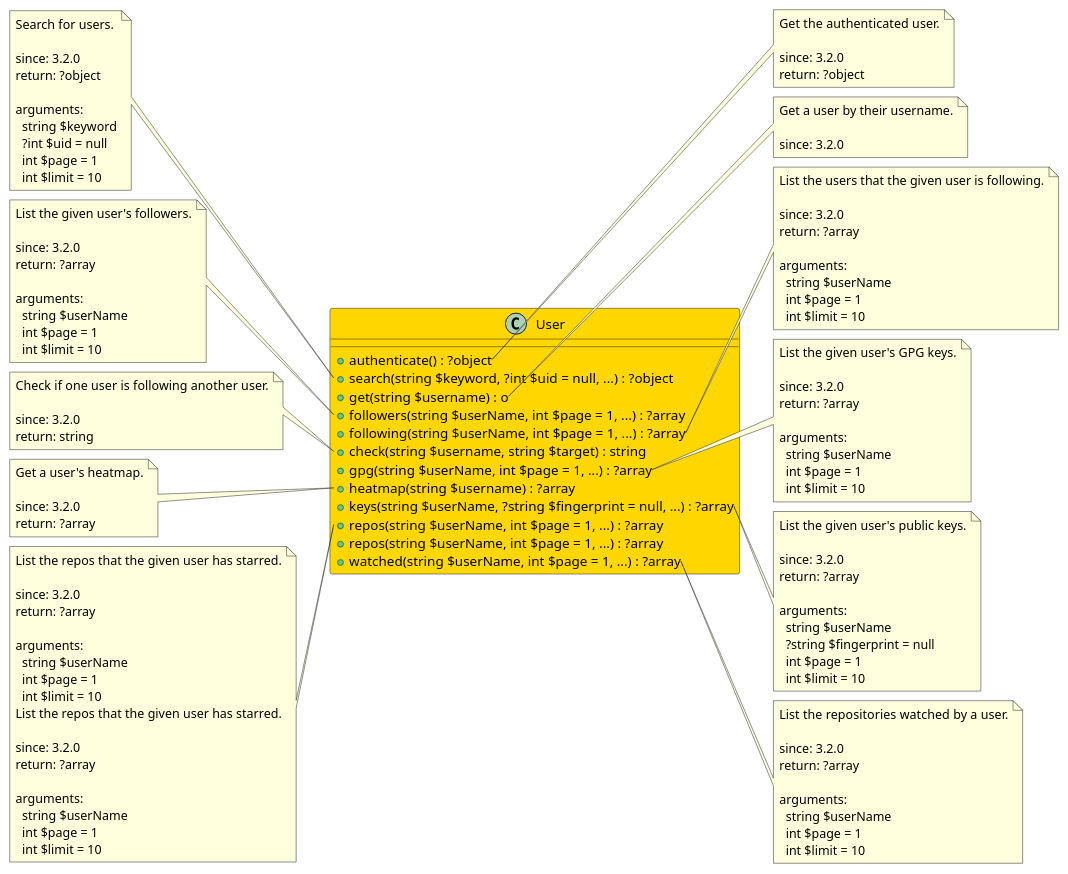
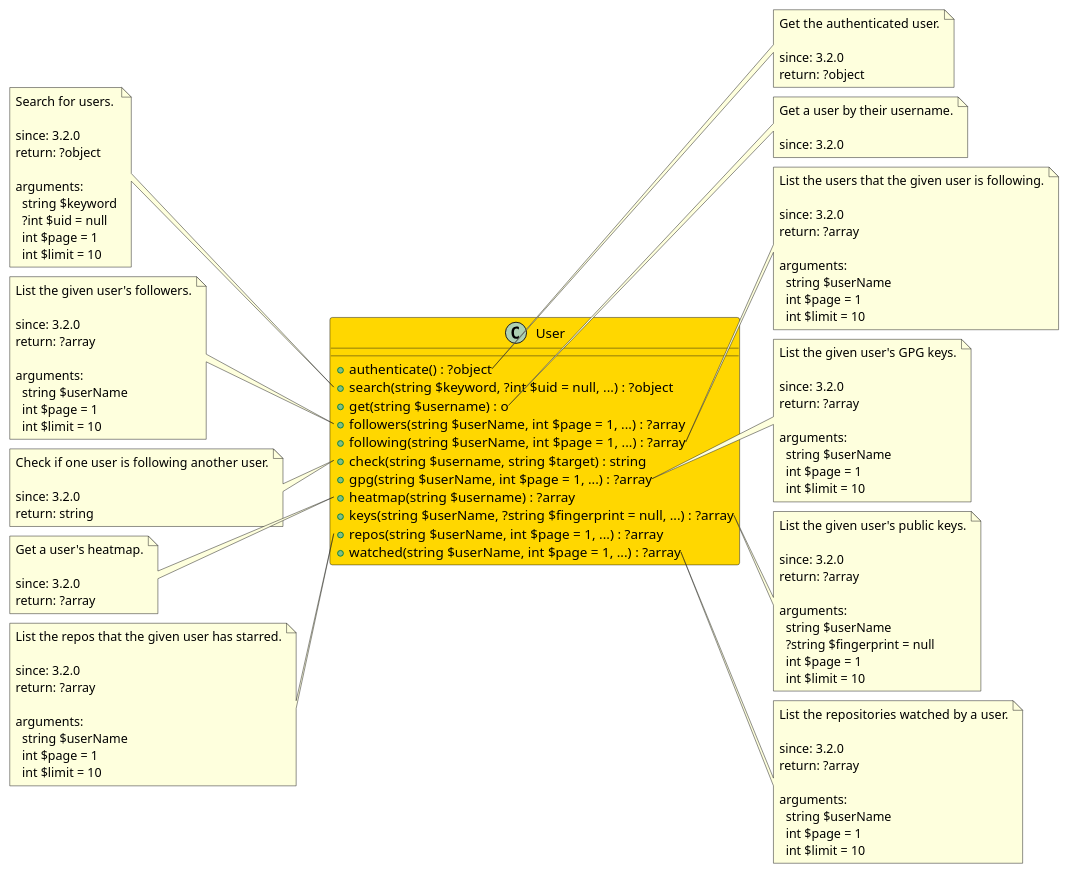
Before and after one commit to joomengine/gitea: the diagram in src/4a5694db-bf3c-439b-bf9c-36a487828787/README.md, drawn with PlantUML. The commit also changed 3 other files, not shown here.

```diff
--- a/src/4a5694db-bf3c-439b-bf9c-36a487828787/README.md
+++ b/src/4a5694db-bf3c-439b-bf9c-36a487828787/README.md
@@ -20,7 +20,6 @@
   + gpg(string $userName, int $page = 1, ...) : ?array
   + heatmap(string $username) : ?array
   + keys(string $userName, ?string $fingerprint = null, ...) : ?array
-  + repos(string $userName, int $page = 1, ...) : ?array
   + repos(string $userName, int $page = 1, ...) : ?array
   + watched(string $userName, int $page = 1, ...) : ?array
 }
@@ -124,15 +123,6 @@
     string $userName
     int $page = 1
     int $limit = 10
-  List the repos that the given user has starred.
-
-  since: 3.2.0
-  return: ?array
-  
-  arguments:
-    string $userName
-    int $page = 1
-    int $limit = 10
 end note
 
 note right of User::watched
```
